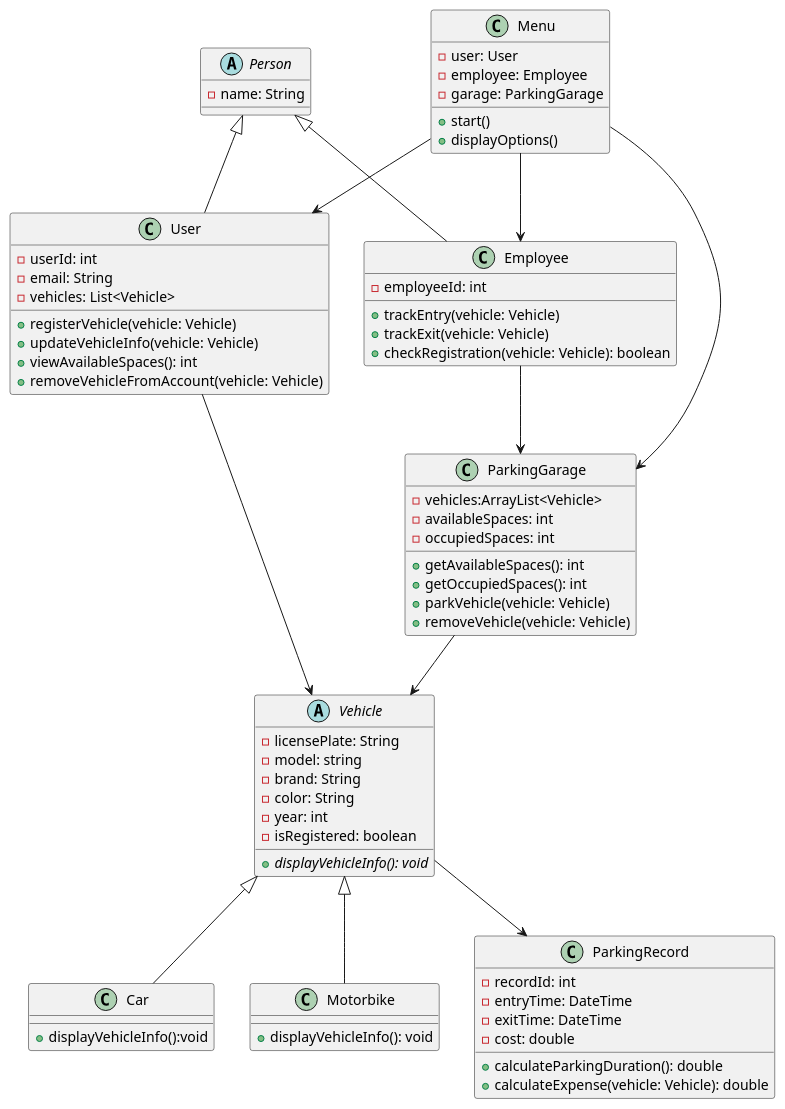
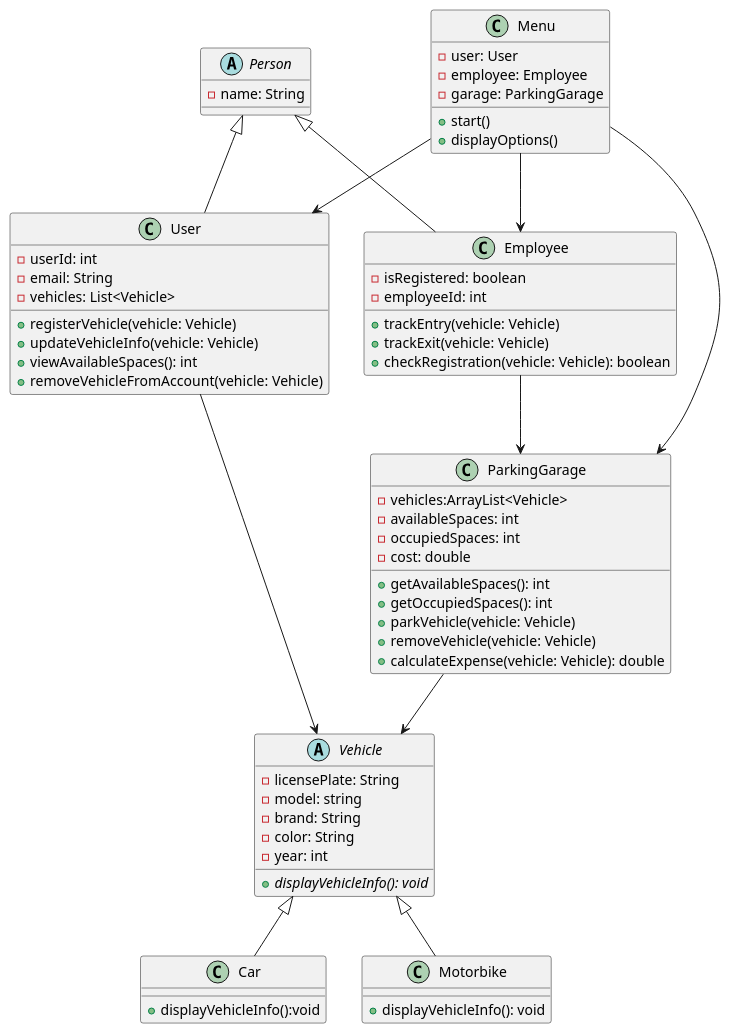
One commit to Bferg2002/Parking-Garage-Management-System changed the diagram in diagram.puml. Above: the diagram before and after it, drawn with PlantUML. The commit also changed 7 other files, not shown here.

Commit message:
UML revised/ All Vehicle classes revised/ Employee class revised/ All classes sorted into folders

```diff
--- a/diagram.puml
+++ b/diagram.puml
@@ -1,85 +1,78 @@
 @startuml
 abstract class Person {
   - name: String
 }
 
 class Menu {
   - user: User
   - employee: Employee
   - garage: ParkingGarage
   + start()
   + displayOptions()
 }
 
 class User {
   - userId: int
   - email: String
   - vehicles: List<Vehicle>
   + registerVehicle(vehicle: Vehicle)
   + updateVehicleInfo(vehicle: Vehicle)
   + viewAvailableSpaces(): int
   + removeVehicleFromAccount(vehicle: Vehicle)
 }
 
 class Employee {
+-isRegistered: boolean
   - employeeId: int
   + trackEntry(vehicle: Vehicle)
   + trackExit(vehicle: Vehicle)
   + checkRegistration(vehicle: Vehicle): boolean
 }
 
 abstract class Vehicle {
   - licensePlate: String
   - model: string
   - brand: String
   - color: String
   - year: int
-  - isRegistered: boolean
   + displayVehicleInfo(): void {abstract}
 }
 
 class Car extends Vehicle{
     + displayVehicleInfo():void
 }
 
 class Motorbike extends Vehicle{
     + displayVehicleInfo(): void
 }
 
 
 class ParkingGarage {
   - vehicles:ArrayList<Vehicle>
   - availableSpaces: int
   - occupiedSpaces: int
+  - cost: double
   + getAvailableSpaces(): int
   + getOccupiedSpaces(): int
   + parkVehicle(vehicle: Vehicle)
   + removeVehicle(vehicle: Vehicle)
+  + calculateExpense(vehicle: Vehicle): double
 }
 
-class ParkingRecord {
-  - recordId: int
-  - entryTime: DateTime
-  - exitTime: DateTime
-  - cost: double
-  + calculateParkingDuration(): double
-  + calculateExpense(vehicle: Vehicle): double
-
-}
 
 ' Inheritance
 Person <|-- User
 Person <|-- Employee
 
 ' main.java.MainMenu.Menu connects to the three active actors
 Menu --> User
 Menu --> Employee
 Menu --> ParkingGarage
 
 ' Original relationships
 User --> Vehicle
 Employee --> ParkingGarage
 ParkingGarage --> Vehicle
-Vehicle --> ParkingRecord
+
 
 @enduml
```
